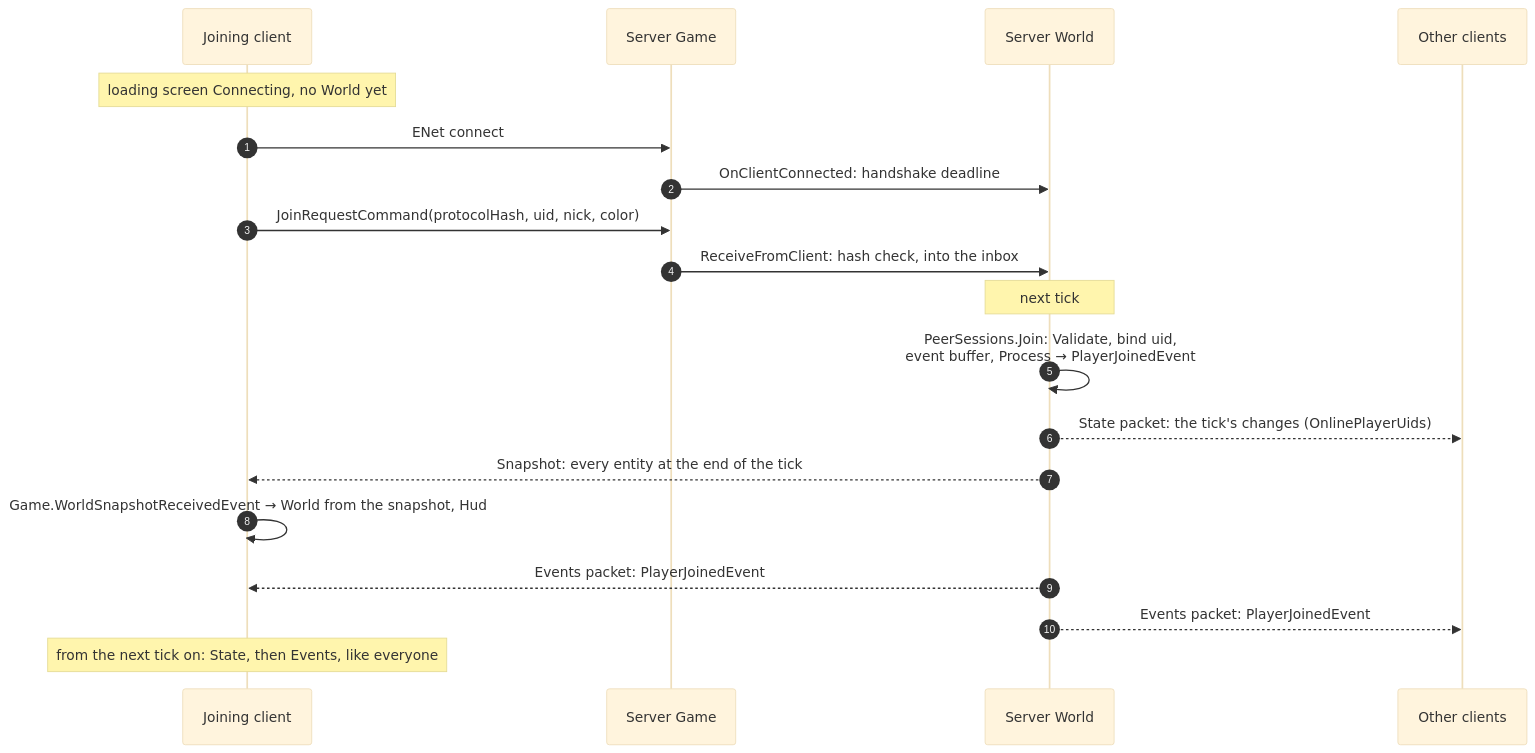
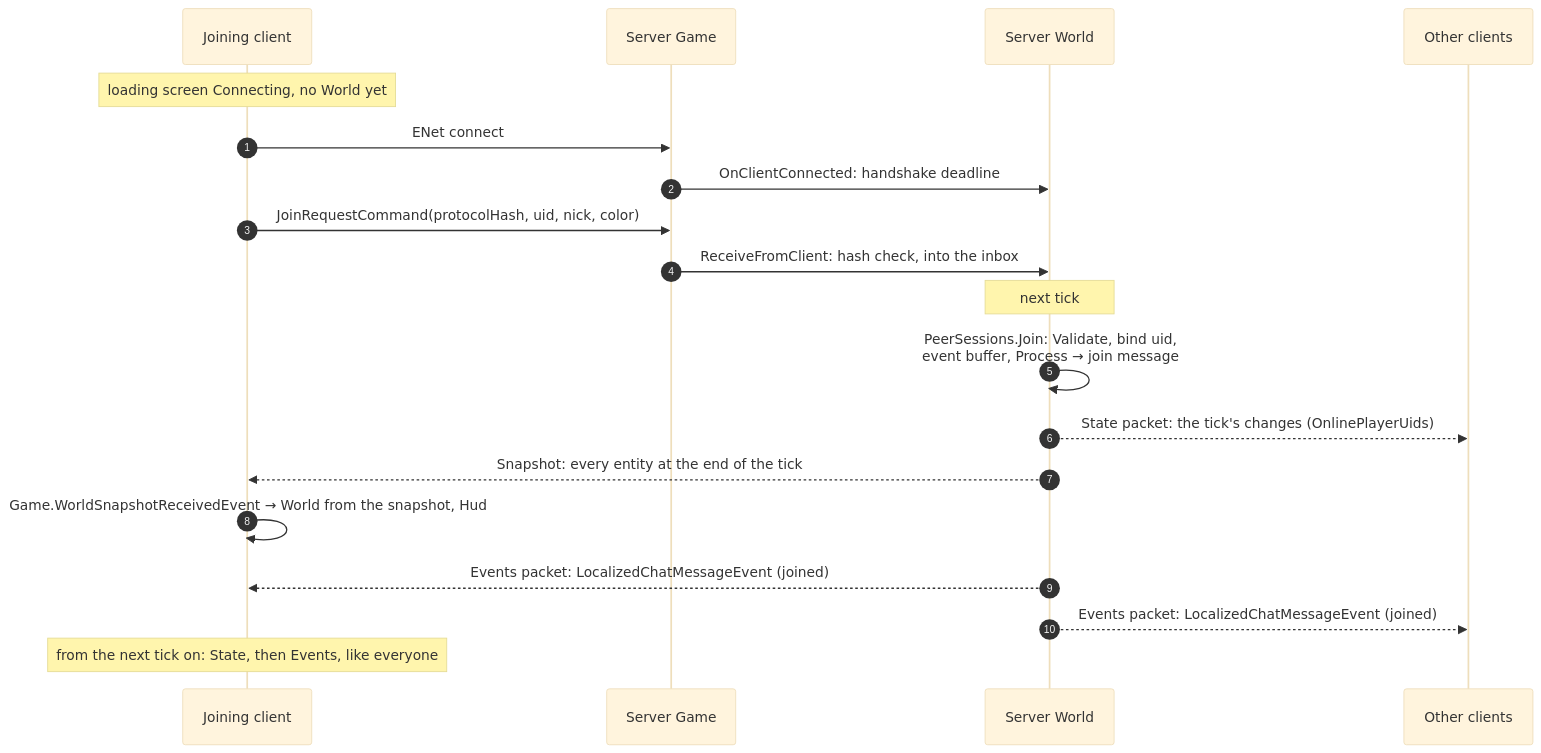
One commit to AbroGames/NeonWarfare changed the diagram in Docs/Networking.md. Above: the diagram before and after it, drawn with Mermaid (base theme). The commit also changed 25 other files, not shown here.

````diff
--- a/Docs/Networking.md
+++ b/Docs/Networking.md
@@ -104,22 +104,22 @@
 ```mermaid
 sequenceDiagram
     autonumber
     participant C as Joining client
     participant G as Server Game
     participant W as Server World
     participant O as Other clients
 
     Note over C: loading screen Connecting, no World yet
     C->>G: ENet connect
     G->>W: OnClientConnected: handshake deadline
     C->>G: JoinRequestCommand(protocolHash, uid, nick, color)
     G->>W: ReceiveFromClient: hash check, into the inbox
     Note over W: next tick
-    W->>W: PeerSessions.Join: Validate, bind uid,<br/>event buffer, Process → PlayerJoinedEvent
+    W->>W: PeerSessions.Join: Validate, bind uid,<br/>event buffer, Process → join message
     W-->>O: State packet: the tick's changes (OnlinePlayerUids)
     W-->>C: Snapshot: every entity at the end of the tick
     C->>C: Game.WorldSnapshotReceivedEvent → World from the snapshot, Hud
-    W-->>C: Events packet: PlayerJoinedEvent
-    W-->>O: Events packet: PlayerJoinedEvent
+    W-->>C: Events packet: LocalizedChatMessageEvent (joined)
+    W-->>O: Events packet: LocalizedChatMessageEvent (joined)
     Note over C: from the next tick on: State, then Events, like everyone
 ```
````
